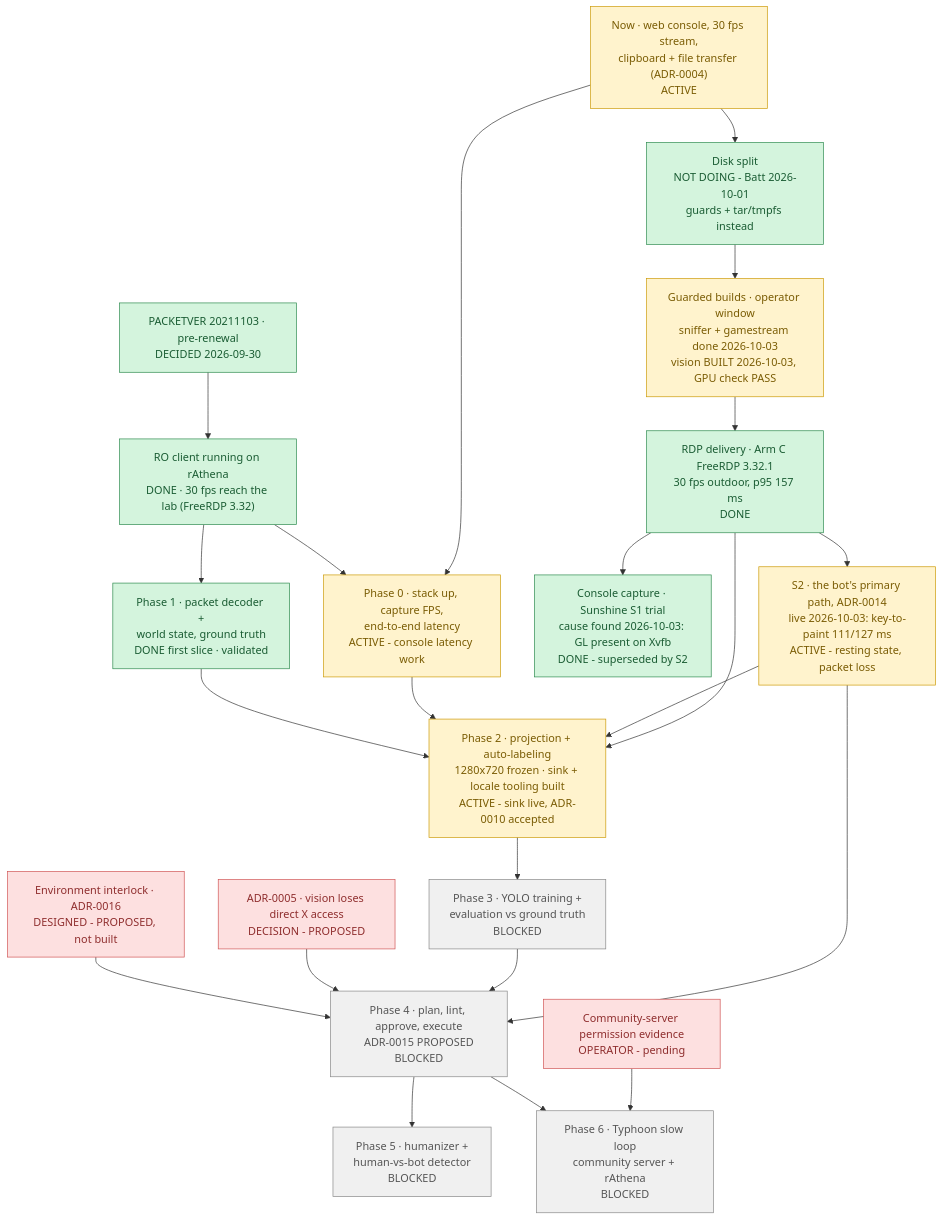
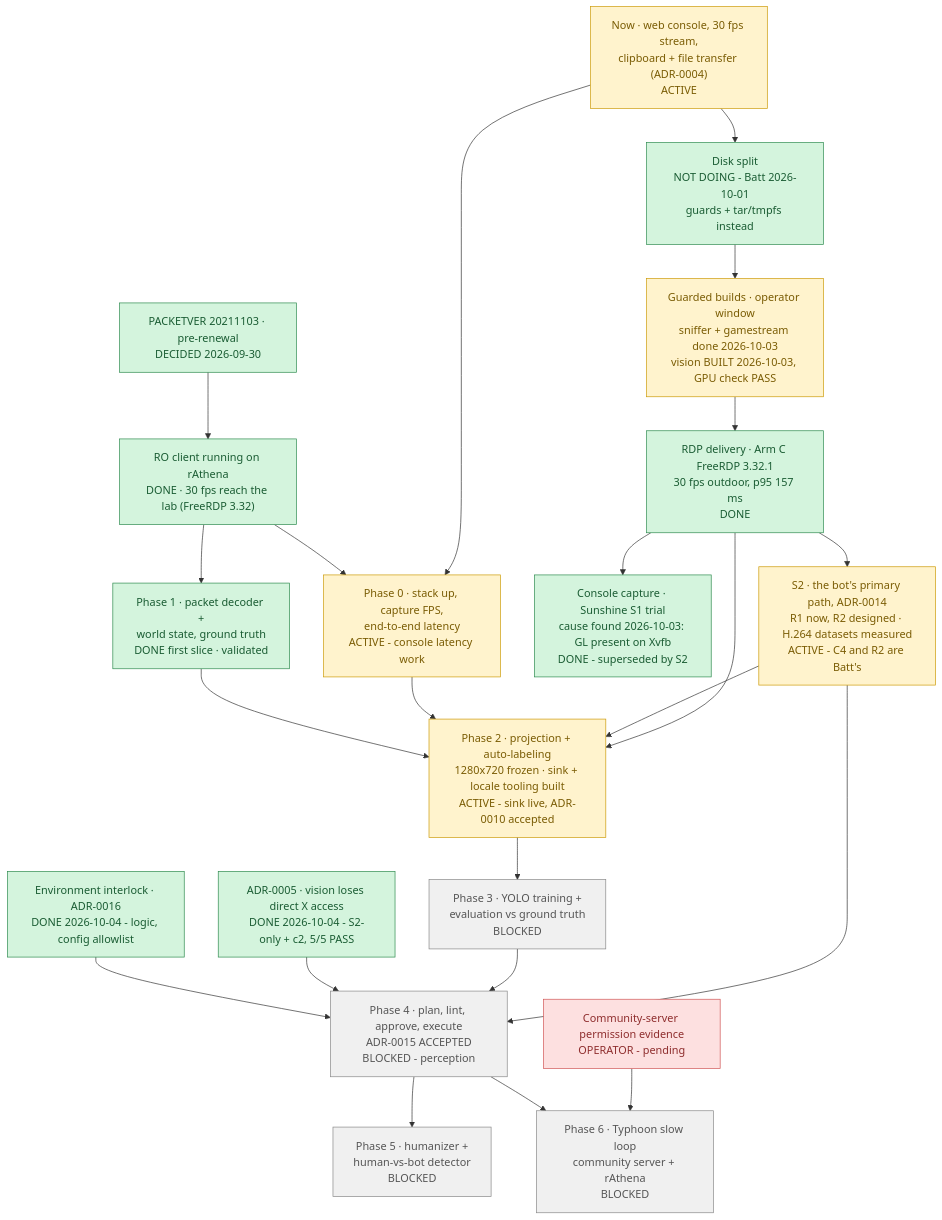
Before and after one commit to lumduan/poring-lab: the diagram in docs/ROADMAP.md, drawn with Mermaid. The commit also changed other lines of this file and 7 other files, not shown here.

````diff
--- a/docs/ROADMAP.md
+++ b/docs/ROADMAP.md
@@ -11,53 +11,53 @@
 ```mermaid
 flowchart TD
     N1["Now · web console, 30 fps stream,<br/>clipboard + file transfer (ADR-0004)<br/>ACTIVE"]
     N2["Disk split<br/>NOT DOING - Batt 2026-10-01<br/>guards + tar/tmpfs instead"]
     N3["Guarded builds · operator window<br/>sniffer + gamestream done 2026-10-03<br/>vision BUILT 2026-10-03, GPU check PASS"]
     D1["PACKETVER 20211103 · pre-renewal<br/>DECIDED 2026-09-30"]
     S1["RO client running on rAthena<br/>DONE · 30 fps reach the lab (FreeRDP 3.32)"]
-    D2["ADR-0005 · vision loses direct X access<br/>DECISION - PROPOSED"]
-    D3["Environment interlock · ADR-0016<br/>DESIGNED - PROPOSED, not built"]
+    D2["ADR-0005 · vision loses direct X access<br/>DONE 2026-10-04 - S2-only + c2, 5/5 PASS"]
+    D3["Environment interlock · ADR-0016<br/>DONE 2026-10-04 - logic, config allowlist"]
     E1["Community-server permission evidence<br/>OPERATOR - pending"]
     P0["Phase 0 · stack up, capture FPS,<br/>end-to-end latency<br/>ACTIVE - console latency work"]
     P1["Phase 1 · packet decoder +<br/>world state, ground truth<br/>DONE first slice · validated"]
     H1["RDP delivery · Arm C FreeRDP 3.32.1<br/>30 fps outdoor, p95 157 ms<br/>DONE"]
     C1["Console capture · Sunshine S1 trial<br/>cause found 2026-10-03: GL present on Xvfb<br/>DONE - superseded by S2"]
-    S2["S2 · the bot's primary path, ADR-0014<br/>live 2026-10-03: key-to-paint 111/127 ms<br/>ACTIVE - resting state, packet loss"]
+    S2["S2 · the bot's primary path, ADR-0014<br/>R1 now, R2 designed · H.264 datasets measured<br/>ACTIVE - C4 and R2 are Batt's"]
     P2["Phase 2 · projection + auto-labeling<br/>1280x720 frozen · sink + locale tooling built<br/>ACTIVE - sink live, ADR-0010 accepted"]
     P3["Phase 3 · YOLO training +<br/>evaluation vs ground truth<br/>BLOCKED"]
-    P4["Phase 4 · plan, lint, approve, execute<br/>ADR-0015 PROPOSED<br/>BLOCKED"]
+    P4["Phase 4 · plan, lint, approve, execute<br/>ADR-0015 ACCEPTED<br/>BLOCKED - perception"]
     P5["Phase 5 · humanizer +<br/>human-vs-bot detector<br/>BLOCKED"]
     P6["Phase 6 · Typhoon slow loop<br/>community server + rAthena<br/>BLOCKED"]
 
     N1 --> N2 --> N3
     N3 --> H1
     H1 --> C1
     H1 --> S2
     H1 --> P2
     S2 --> P2
     S2 --> P4
     D1 --> S1
     N1 --> P0
     S1 --> P0
     S1 --> P1
     P0 --> P2
     P1 --> P2
     P2 --> P3 --> P4
     D2 --> P4
     D3 --> P4
     E1 --> P6
     P4 --> P5
     P4 --> P6
 
     classDef done     fill:#d4f4dd,stroke:#2d8a4e,color:#1a5c33
     classDef active   fill:#fff3cd,stroke:#cc9a06,color:#7a5c04
     classDef ready    fill:#d6e9ff,stroke:#3b7dd8,color:#1e4d8f
     classDef blocked  fill:#f0f0f0,stroke:#888,color:#555
     classDef decision fill:#fde0e0,stroke:#d05555,color:#8f2e2e
     classDef goal     fill:#ede0fb,stroke:#8a5cd8,color:#4d2e8f
 
-    class D1,S1,P1,N2,H1,C1 done
+    class D1,S1,P1,N2,H1,C1,D2,D3 done
     class N1,P0,P2,S2,N3 active
-    class D2,D3,E1 decision
+    class E1 decision
     class P3,P4,P5,P6 blocked
 ```
````
